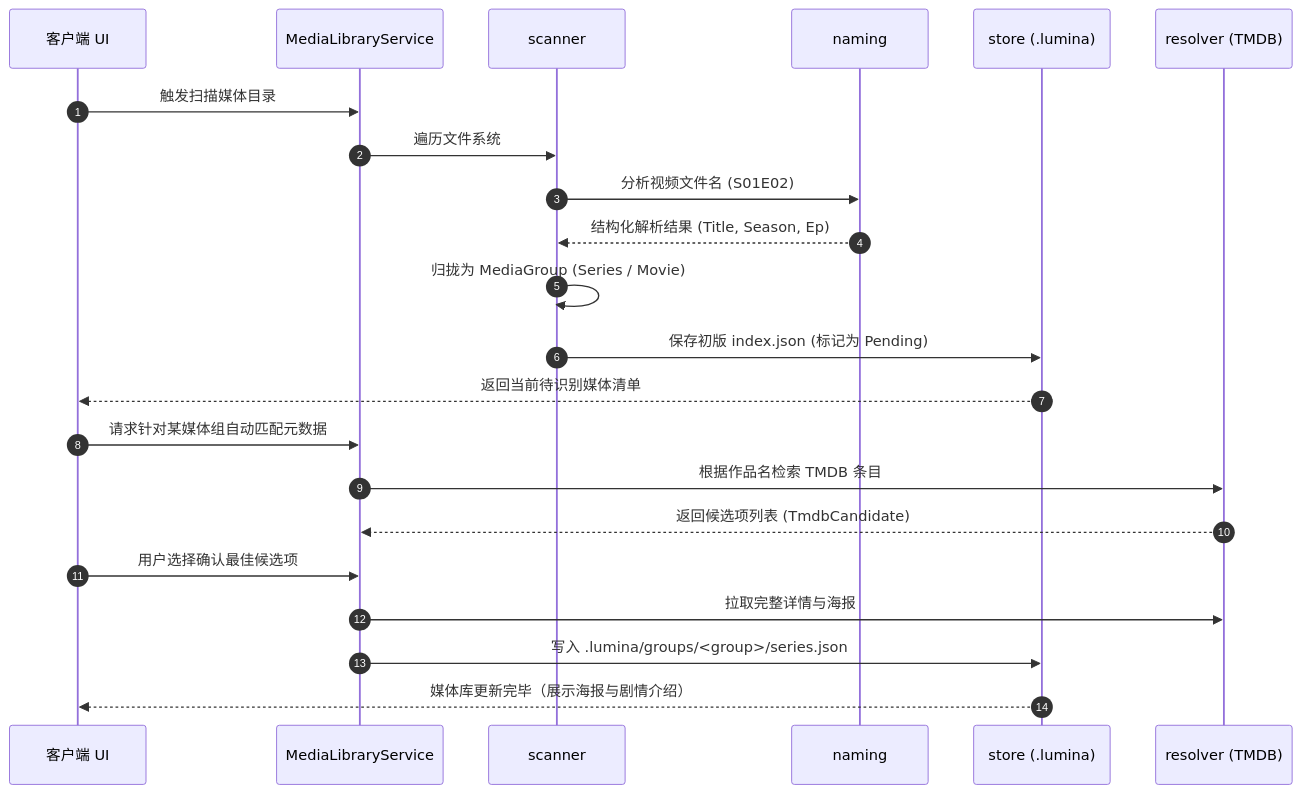
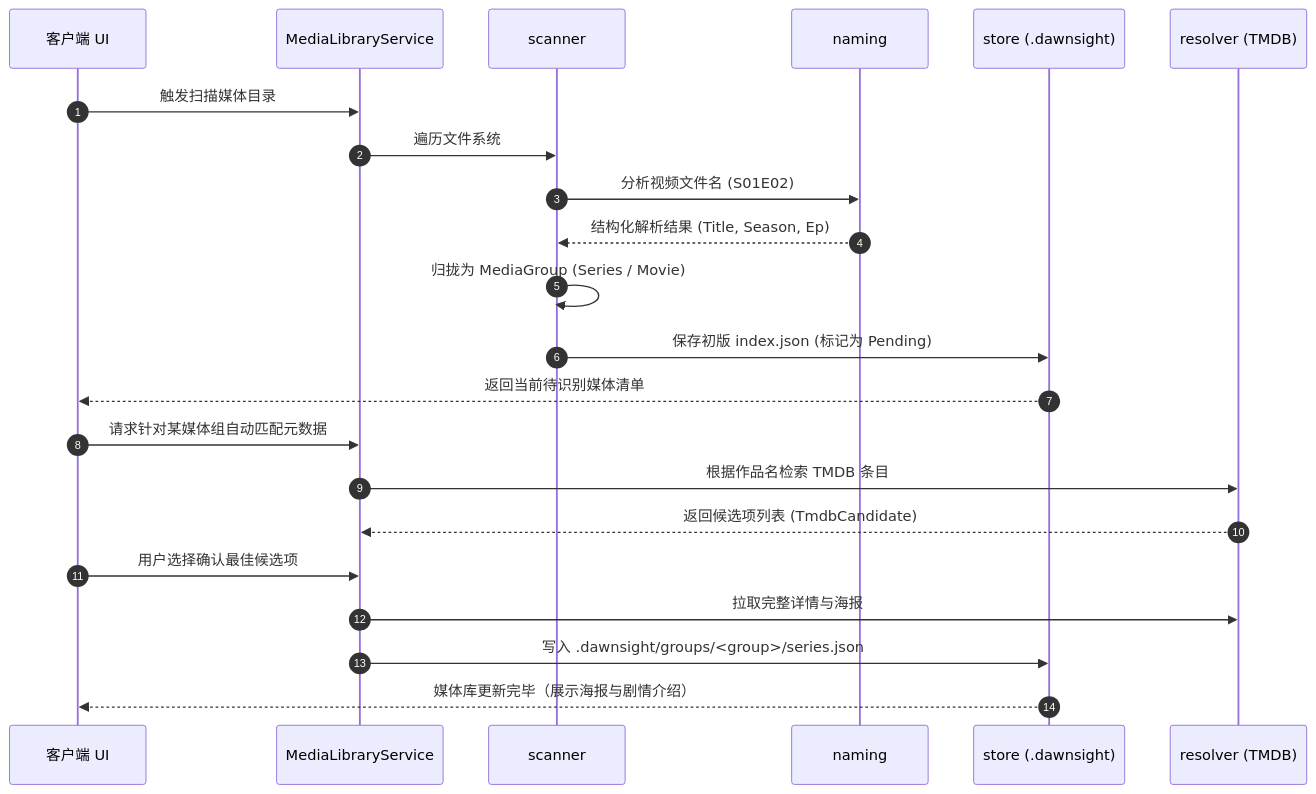
Before and after one commit to yitom486/dawnsight: the diagram in crates/dawnsight-library/src/README.md, drawn with Mermaid. The commit also changed other lines of this file and 139 other files, not shown here.

First line of the commit message:
chore(rename): lumina to dawnsight across tree

````diff
--- a/crates/dawnsight-library/src/README.md
+++ b/crates/dawnsight-library/src/README.md
@@ -115,26 +115,26 @@
 ```mermaid
 sequenceDiagram
     autonumber
     participant UI as 客户端 UI
     participant Svc as MediaLibraryService
     participant Sc as scanner
     participant Nm as naming
-    participant St as store (.lumina)
+    participant St as store (.dawnsight)
     participant Res as resolver (TMDB)
 
     UI->>Svc: 触发扫描媒体目录
     Svc->>Sc: 遍历文件系统
     Sc->>Nm: 分析视频文件名 (S01E02)
     Nm-->>Sc: 结构化解析结果 (Title, Season, Ep)
     Sc->>Sc: 归拢为 MediaGroup (Series / Movie)
     Sc->>St: 保存初版 index.json (标记为 Pending)
     St-->>UI: 返回当前待识别媒体清单
 
     UI->>Svc: 请求针对某媒体组自动匹配元数据
     Svc->>Res: 根据作品名检索 TMDB 条目
     Res-->>Svc: 返回候选项列表 (TmdbCandidate)
     UI->>Svc: 用户选择确认最佳候选项
     Svc->>Res: 拉取完整详情与海报
-    Svc->>St: 写入 .lumina/groups/<group>/series.json
+    Svc->>St: 写入 .dawnsight/groups/<group>/series.json
     St-->>UI: 媒体库更新完毕（展示海报与剧情介绍）
 ```
````
